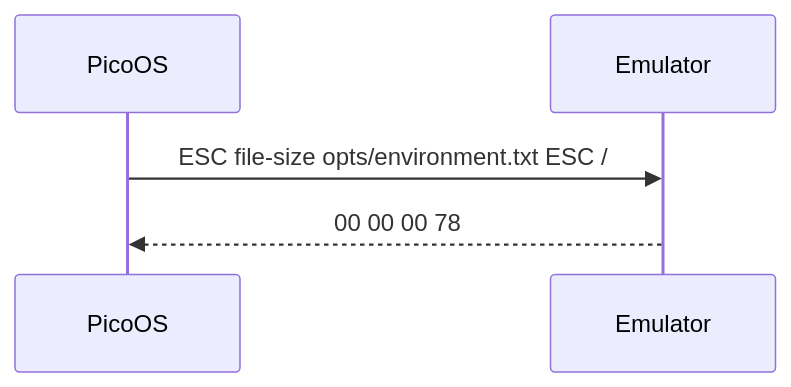
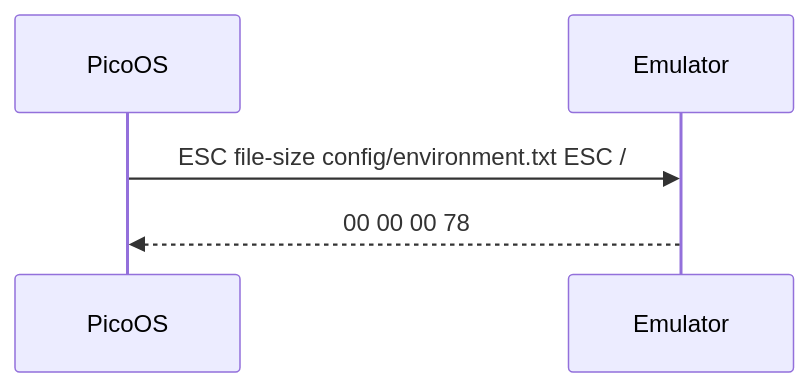
Before and after one commit to matthejue/RETI-Emulator: the ninth of 9 diagrams in README.md, drawn with Mermaid. The commit also changed other lines of this file, not shown here.

````diff
--- a/README.md
+++ b/README.md
@@ -529,7 +680,7 @@
 ```mermaid
 sequenceDiagram
     participant PicoOS
     participant Emulator
-    PicoOS->>Emulator: ESC file-size opts/environment.txt ESC /
+    PicoOS->>Emulator: ESC file-size config/environment.txt ESC /
     Emulator-->>PicoOS: 00 00 00 78
 ```
````
